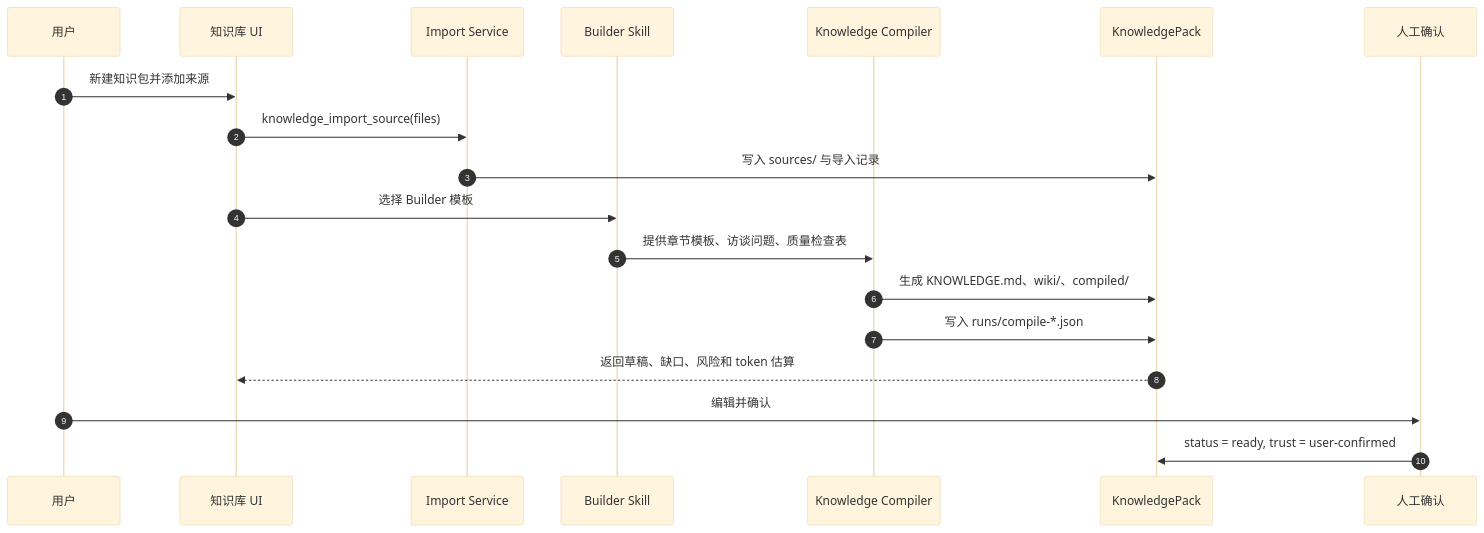
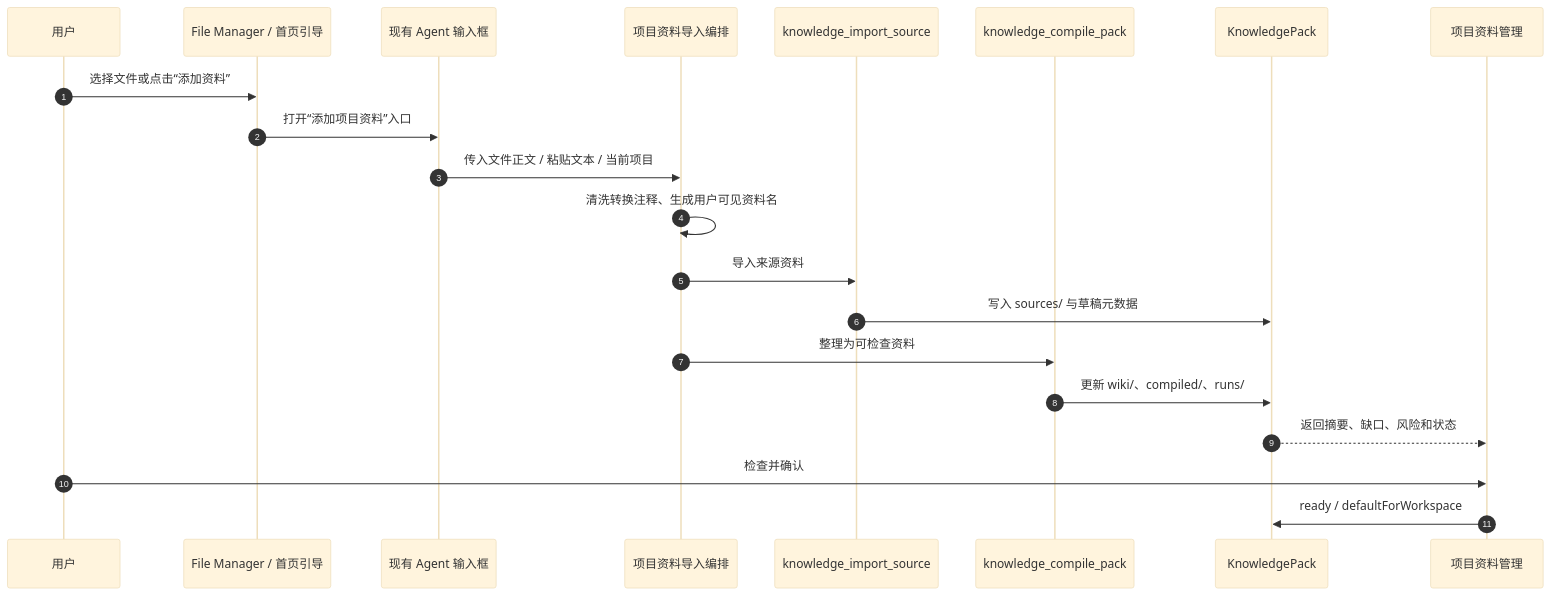
One commit to limecloud/lime changed the third of 9 diagrams in docs/roadmap/knowledge/prd.md. Above: the diagram before and after it, drawn with Mermaid (base theme). The commit also changed other lines of this file and 273 other files, not shown here.

````diff
--- a/docs/roadmap/knowledge/prd.md
+++ b/docs/roadmap/knowledge/prd.md
@@ -468,22 +518,24 @@
 ```mermaid
 sequenceDiagram
   autonumber
   participant U as 用户
-  participant UI as 知识库 UI
-  participant Import as Import Service
-  participant Skill as Builder Skill
-  participant Compiler as Knowledge Compiler
+  participant Entry as File Manager / 首页引导
+  participant Agent as 现有 Agent 输入框
+  participant Import as 项目资料导入编排
+  participant API as knowledge_import_source
+  participant Compiler as knowledge_compile_pack
   participant Pack as KnowledgePack
-  participant Review as 人工确认
+  participant Manage as 项目资料管理
 
-  U->>UI: 新建知识包并添加来源
-  UI->>Import: knowledge_import_source(files)
-  Import->>Pack: 写入 sources/ 与导入记录
-  UI->>Skill: 选择 Builder 模板
-  Skill->>Compiler: 提供章节模板、访谈问题、质量检查表
-  Compiler->>Pack: 生成 KNOWLEDGE.md、wiki/、compiled/
-  Compiler->>Pack: 写入 runs/compile-*.json
-  Pack-->>UI: 返回草稿、缺口、风险和 token 估算
-  U->>Review: 编辑并确认
-  Review->>Pack: status = ready, trust = user-confirmed
+  U->>Entry: 选择文件或点击“添加资料”
+  Entry->>Agent: 打开“添加项目资料”入口
+  Agent->>Import: 传入文件正文 / 粘贴文本 / 当前项目
+  Import->>Import: 清洗转换注释、生成用户可见资料名
+  Import->>API: 导入来源资料
+  API->>Pack: 写入 sources/ 与草稿元数据
+  Import->>Compiler: 整理为可检查资料
+  Compiler->>Pack: 更新 wiki/、compiled/、runs/
+  Pack-->>Manage: 返回摘要、缺口、风险和状态
+  U->>Manage: 检查并确认
+  Manage->>Pack: ready / defaultForWorkspace
 ```
````
